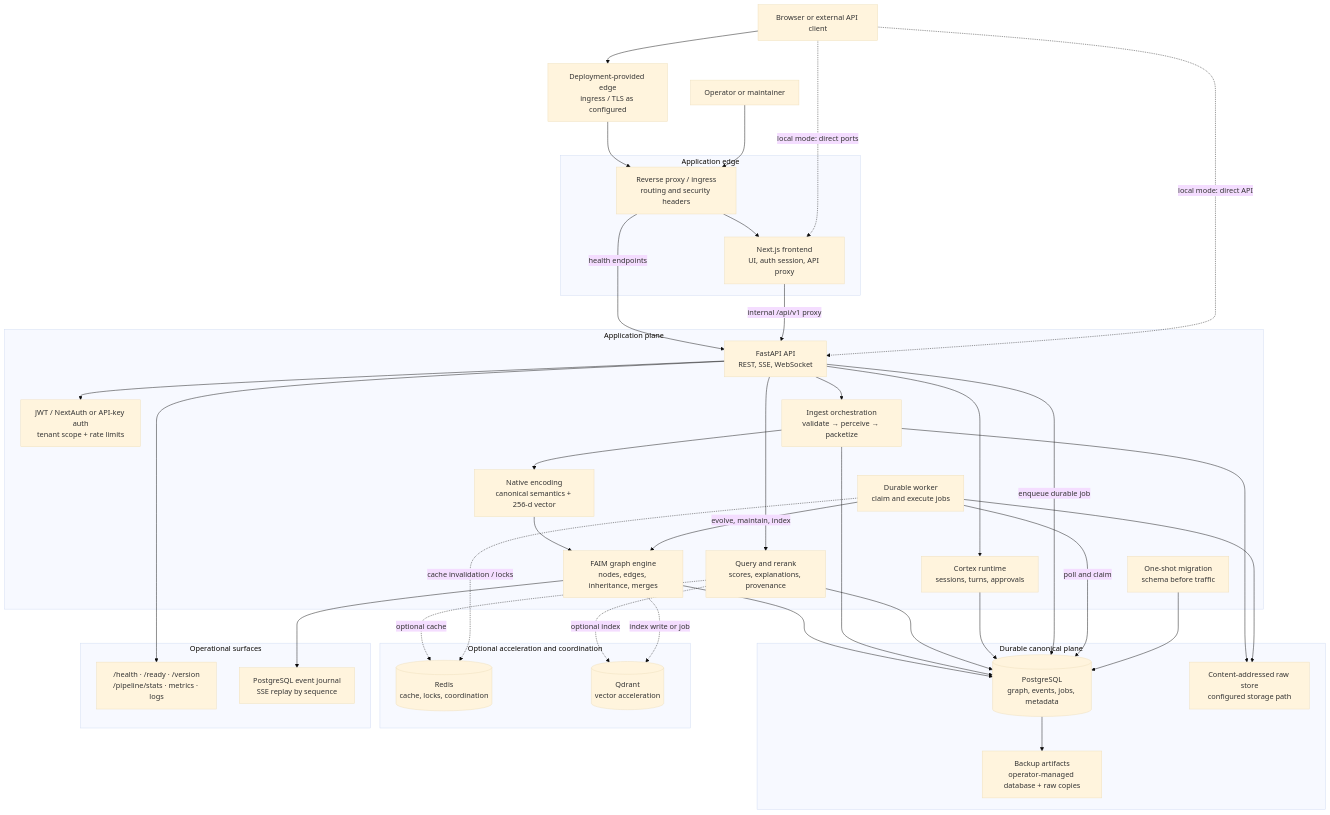
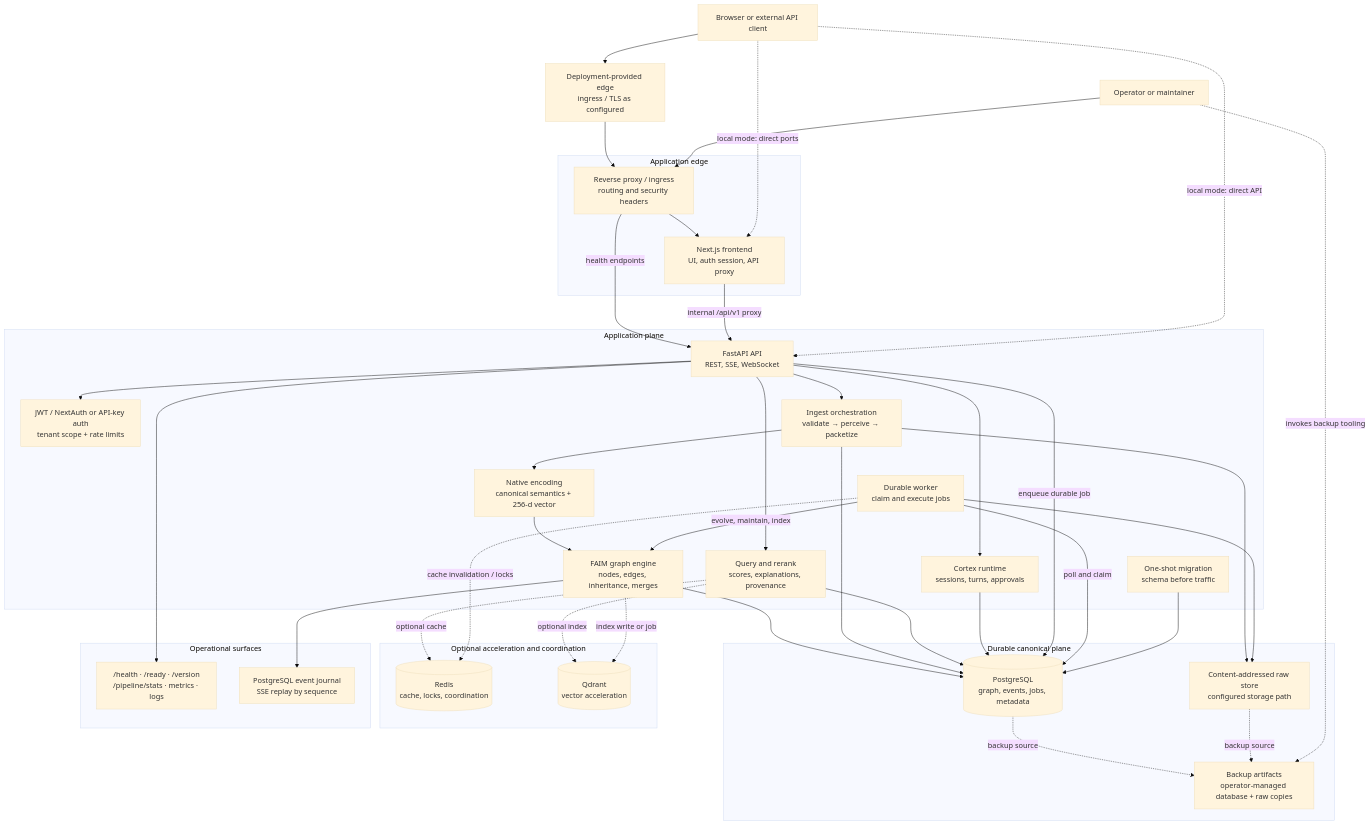
Before and after one commit to sainibhaowal/FAIMatrix: the first of 5 diagrams in README.md, drawn with Mermaid (base theme). The commit also changed other lines of this file, not shown here.

Commit message:
docs: clarify cache and backup ownership

````diff
--- a/README.md
+++ b/README.md
@@ -42,70 +42,72 @@
 ```mermaid
 flowchart TB
     CLIENT["Browser or external API client"]
     OPERATOR["Operator or maintainer"]
     EDGE["Deployment-provided edge<br/>ingress / TLS as configured"]
 
     subgraph PUBLIC["Application edge"]
         PROXY["Reverse proxy / ingress<br/>routing and security headers"]
         FRONTEND["Next.js frontend<br/>UI, auth session, API proxy"]
     end
 
     subgraph APP["Application plane"]
         API["FastAPI API<br/>REST, SSE, WebSocket"]
         AUTH["JWT / NextAuth or API-key auth<br/>tenant scope + rate limits"]
         INGEST["Ingest orchestration<br/>validate → perceive → packetize"]
         ENCODE["Native encoding<br/>canonical semantics + 256-d vector"]
         GRAPH["FAIM graph engine<br/>nodes, edges, inheritance, merges"]
         QUERY["Query and rerank<br/>scores, explanations, provenance"]
         CORTEX["Cortex runtime<br/>sessions, turns, approvals"]
         WORKER["Durable worker<br/>claim and execute jobs"]
         MIGRATE["One-shot migration<br/>schema before traffic"]
     end
 
     subgraph TRUTH["Durable canonical plane"]
         POSTGRES[("PostgreSQL<br/>graph, events, jobs, metadata")]
         RAW["Content-addressed raw store<br/>configured storage path"]
         BACKUPS["Backup artifacts<br/>operator-managed database + raw copies"]
     end
 
     subgraph ACCEL["Optional acceleration and coordination"]
         REDIS[("Redis<br/>cache, locks, coordination")]
         QDRANT[("Qdrant<br/>vector acceleration")]
     end
 
     subgraph OPS["Operational surfaces"]
         HEALTH["/health · /ready · /version<br/>/pipeline/stats · metrics · logs"]
         SSE["PostgreSQL event journal<br/>SSE replay by sequence"]
     end
 
     CLIENT --> EDGE --> PROXY
     OPERATOR --> PROXY
     PROXY --> FRONTEND
     PROXY -->|health endpoints| API
     FRONTEND -->|internal /api/v1 proxy| API
     CLIENT -. local mode: direct ports .-> FRONTEND
     CLIENT -. local mode: direct API .-> API
 
     API --> AUTH
     API --> INGEST
     API --> QUERY
     API --> CORTEX
     API --> HEALTH
     INGEST --> RAW
     INGEST --> ENCODE --> GRAPH
     GRAPH --> POSTGRES
     INGEST --> POSTGRES
     QUERY --> POSTGRES
     QUERY -. optional cache .-> REDIS
     QUERY -. optional index .-> QDRANT
     GRAPH -. index write or job .-> QDRANT
     GRAPH --> SSE
     CORTEX --> POSTGRES
     API -->|enqueue durable job| POSTGRES
     WORKER -->|poll and claim| POSTGRES
     WORKER -->|evolve, maintain, index| GRAPH
     WORKER --> RAW
     WORKER -. cache invalidation / locks .-> REDIS
     MIGRATE --> POSTGRES
-    POSTGRES --> BACKUPS
+    POSTGRES -. backup source .-> BACKUPS
+    RAW -. backup source .-> BACKUPS
+    OPERATOR -. invokes backup tooling .-> BACKUPS
 ```
````
